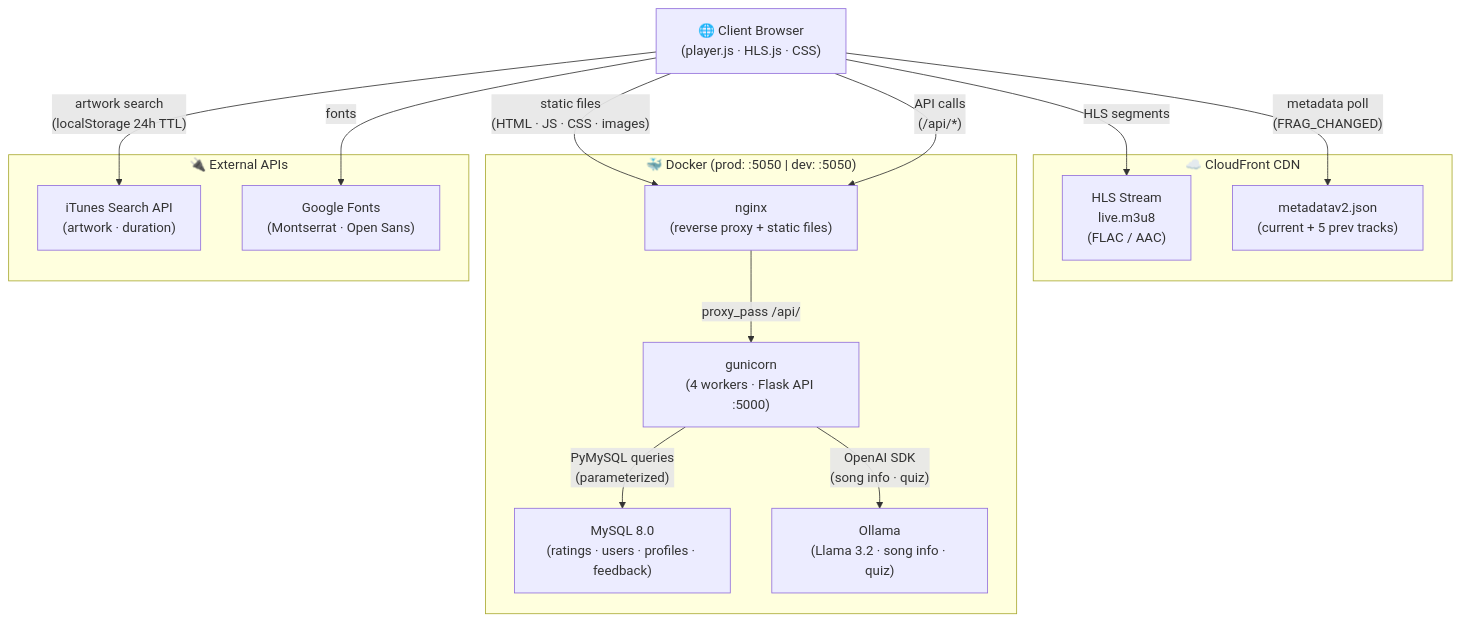
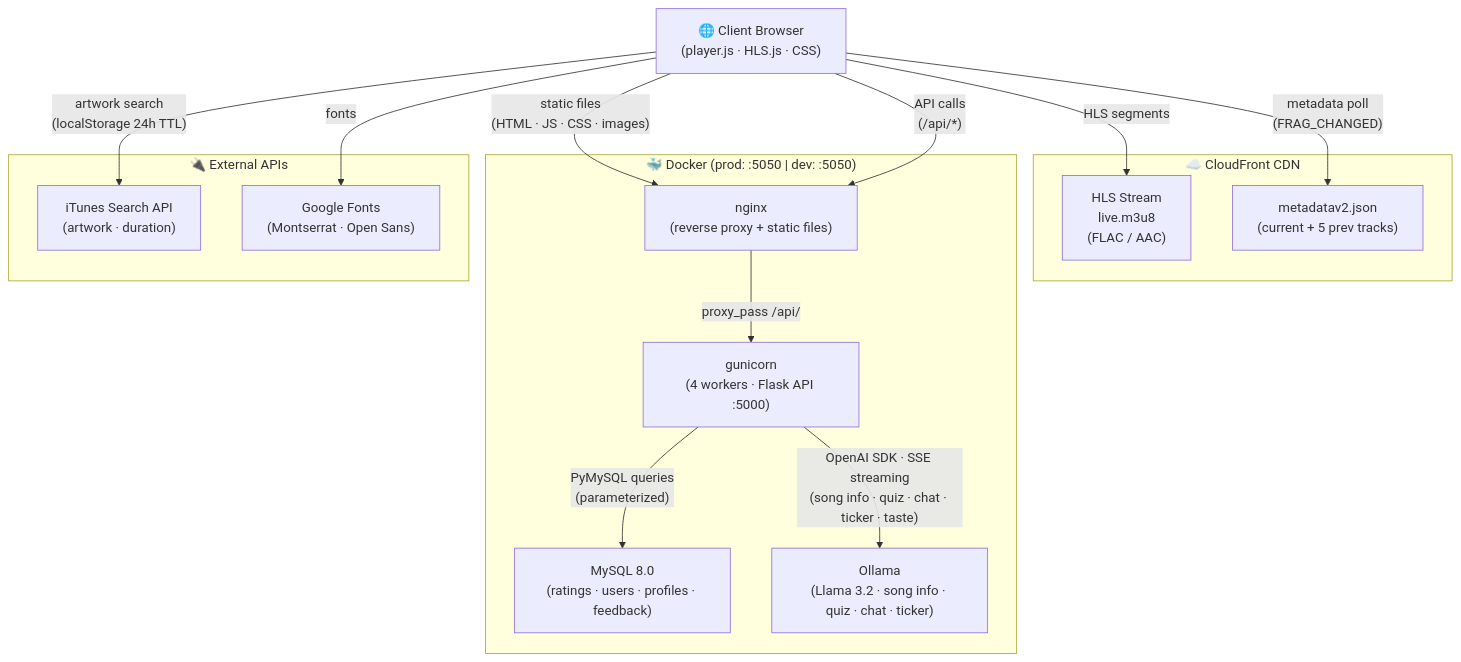
Before and after one commit to mgmarques/radiocalico: the first of 10 diagrams in docs/architecture.md, drawn with Mermaid. The commit also changed other lines of this file and 17 other files, not shown here.

````diff
--- a/docs/architecture.md
+++ b/docs/architecture.md
@@ -39,31 +39,31 @@
 ```mermaid
 graph TD
     Browser["🌐 Client Browser\n(player.js · HLS.js · CSS)"]
 
     subgraph CDN["☁️ CloudFront CDN"]
         HLS["HLS Stream\nlive.m3u8\n(FLAC / AAC)"]
         Meta["metadatav2.json\n(current + 5 prev tracks)"]
     end
 
     subgraph Docker["🐳 Docker (prod: :5050 | dev: :5050)"]
         nginx["nginx\n(reverse proxy + static files)"]
         gunicorn["gunicorn\n(4 workers · Flask API :5000)"]
         mysql["MySQL 8.0\n(ratings · users · profiles · feedback)"]
-        ollama["Ollama\n(Llama 3.2 · song info · quiz)"]
+        ollama["Ollama\n(Llama 3.2 · song info · quiz · chat · ticker)"]
     end
 
     subgraph External["🔌 External APIs"]
         iTunes["iTunes Search API\n(artwork · duration)"]
         Fonts["Google Fonts\n(Montserrat · Open Sans)"]
     end
 
     Browser -->|"HLS segments"| HLS
     Browser -->|"metadata poll\n(FRAG_CHANGED)"| Meta
     Browser -->|"artwork search\n(localStorage 24h TTL)"| iTunes
     Browser -->|"fonts"| Fonts
     Browser -->|"static files\n(HTML · JS · CSS · images)"| nginx
     Browser -->|"API calls\n(/api/*)"| nginx
     nginx -->|"proxy_pass /api/"| gunicorn
     gunicorn -->|"PyMySQL queries\n(parameterized)"| mysql
-    gunicorn -->|"OpenAI SDK\n(song info · quiz)"| ollama
+    gunicorn -->|"OpenAI SDK · SSE streaming\n(song info · quiz · chat · ticker · taste)"| ollama
 ```
````
